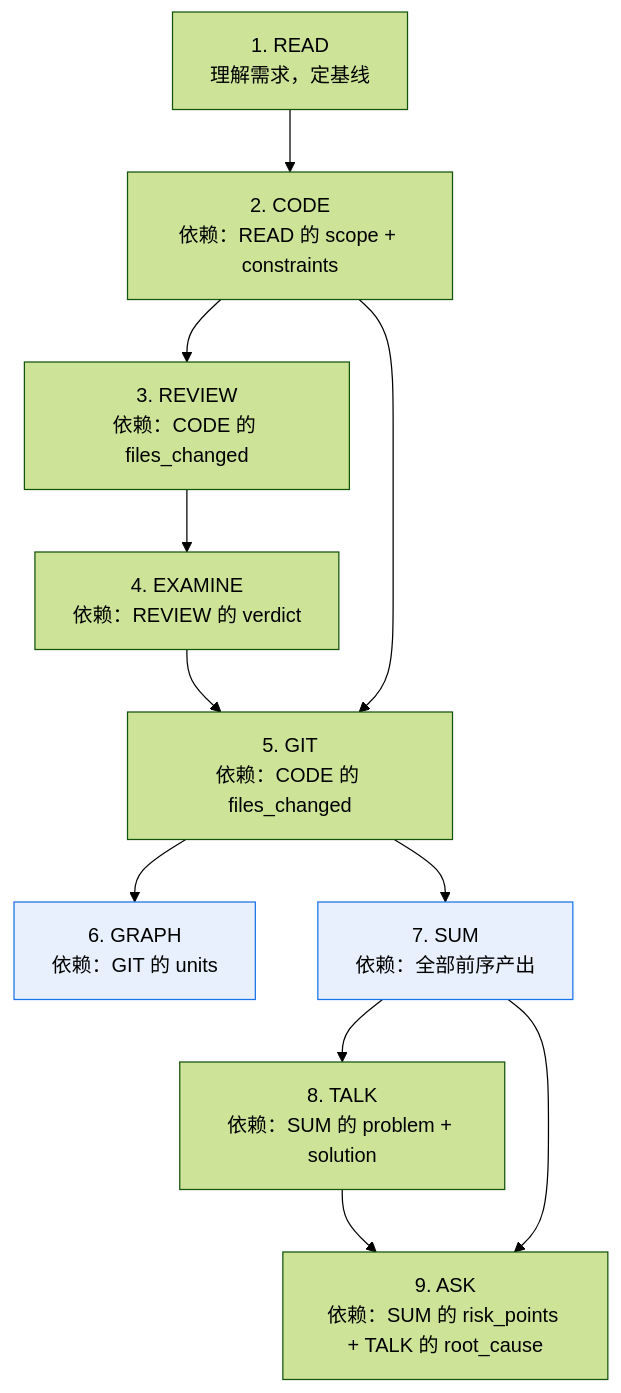
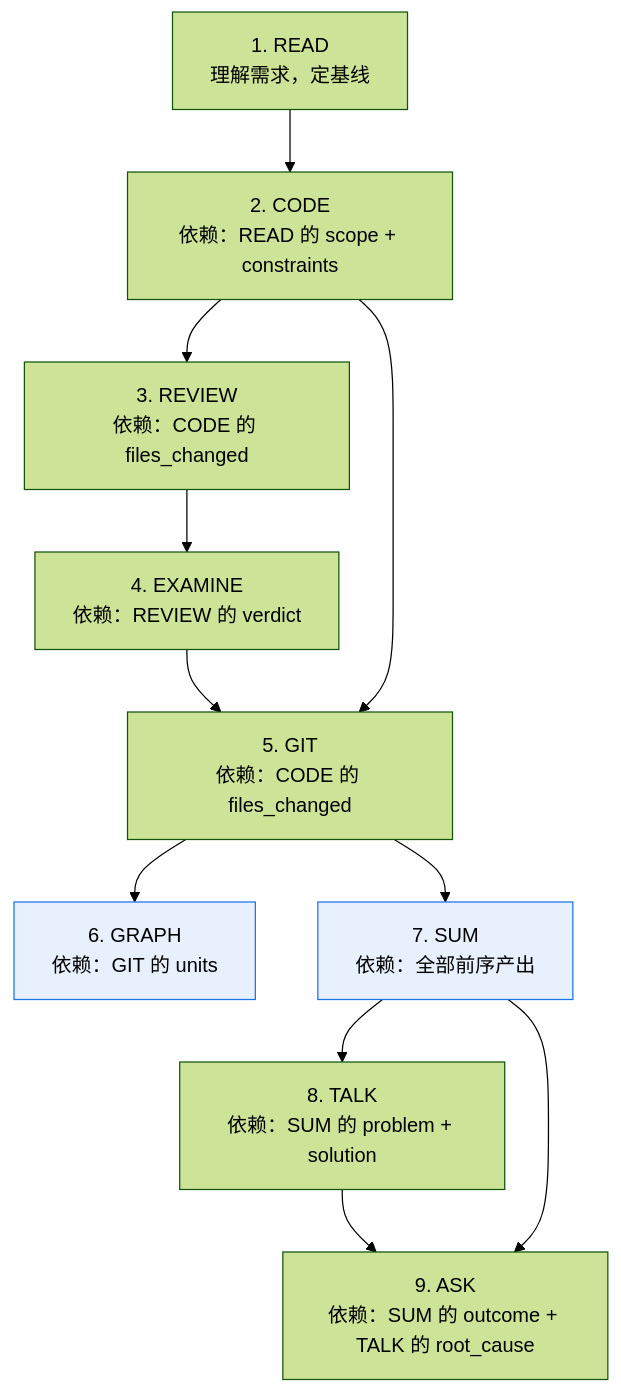
One commit to z0l0y/EasyWork changed the diagram in skills/fullchain-dev-workflow/references/orchestration-engine.md. Above: the diagram before and after it, drawn with Mermaid (forest theme). The commit also changed other lines of this file and 17 other files, not shown here.

````diff
--- a/skills/fullchain-dev-workflow/references/orchestration-engine.md
+++ b/skills/fullchain-dev-workflow/references/orchestration-engine.md
@@ -9,26 +9,26 @@
 ```mermaid
 flowchart TD
     READ[1. READ<br/>理解需求，定基线]
     CODE[2. CODE<br/>依赖：READ 的 scope + constraints]
     REVIEW[3. REVIEW<br/>依赖：CODE 的 files_changed]
     EXAMINE[4. EXAMINE<br/>依赖：REVIEW 的 verdict]
     GIT[5. GIT<br/>依赖：CODE 的 files_changed]
     GRAPH[6. GRAPH<br/>依赖：GIT 的 units]
     SUM[7. SUM<br/>依赖：全部前序产出]
     TALK[8. TALK<br/>依赖：SUM 的 problem + solution]
-    ASK[9. ASK<br/>依赖：SUM 的 risk_points + TALK 的 root_cause]
+    ASK[9. ASK<br/>依赖：SUM 的 outcome + TALK 的 root_cause]
 
     READ --> CODE
     CODE --> REVIEW
     REVIEW --> EXAMINE
     EXAMINE --> GIT
     CODE --> GIT
     GIT --> GRAPH
     GIT --> SUM
     SUM --> TALK
     TALK --> ASK
     SUM --> ASK
 
     style GRAPH fill:#e8f0fe,stroke:#1a73e8
     style SUM fill:#e8f0fe,stroke:#1a73e8
 ```
````
